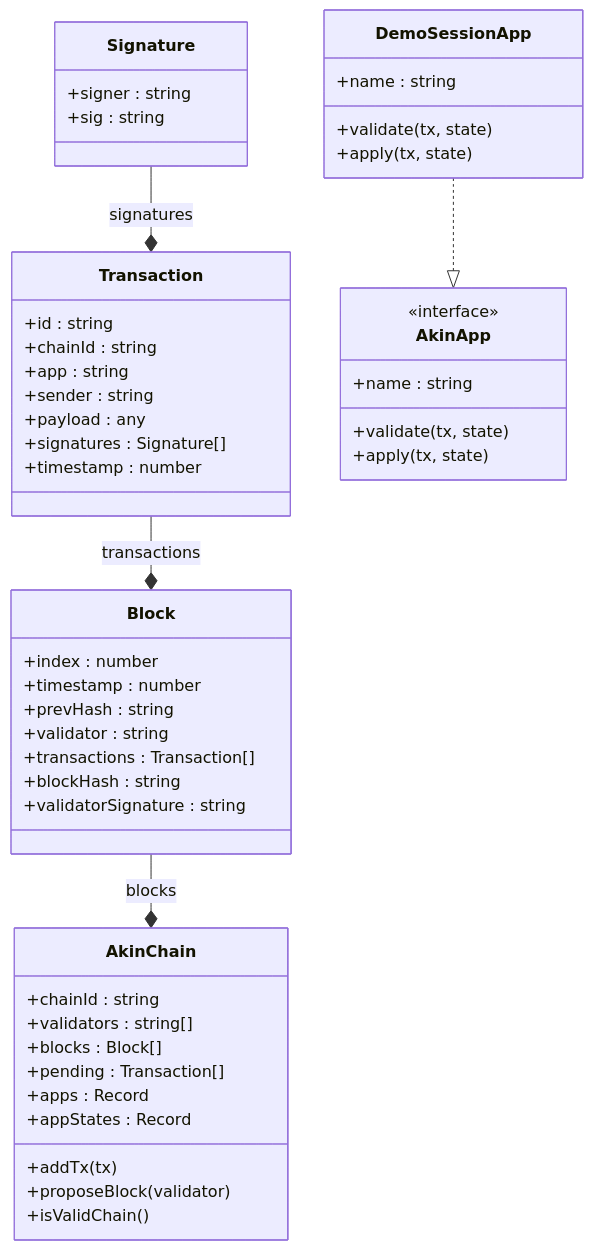
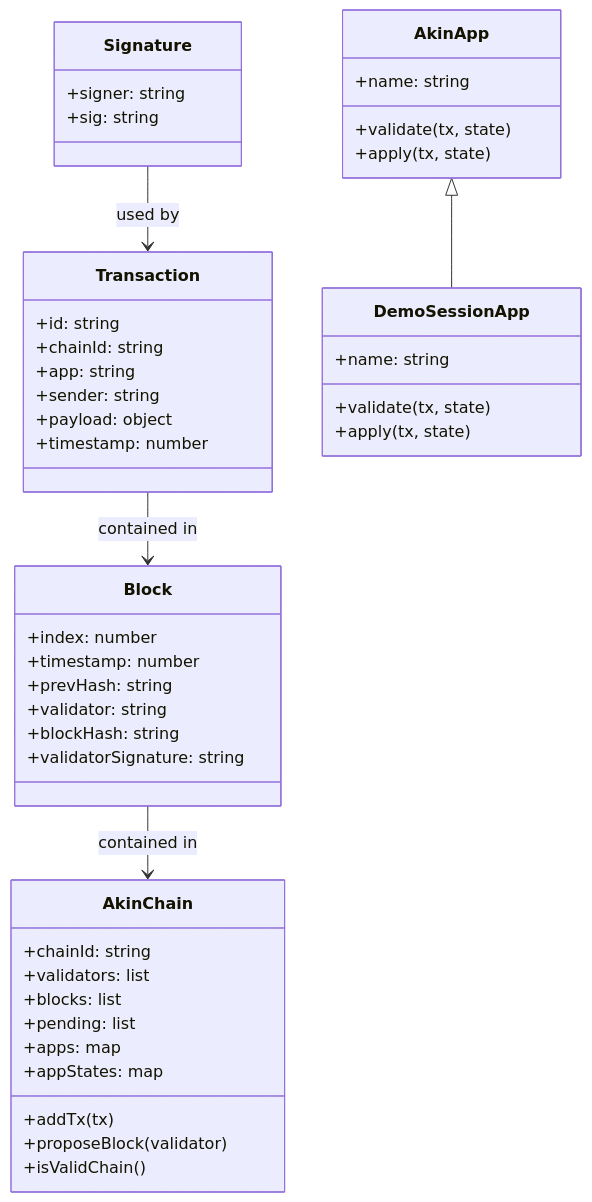
Before and after one commit to AkinNetwork/anPoABchProtocol-Simple-Py: the diagram in diagrams/core_protocol.mmd, drawn with Mermaid.

Commit message:
Readme - mmd info

```diff
--- a/diagrams/core_protocol.mmd
+++ b/diagrams/core_protocol.mmd
@@ -1,56 +1,53 @@
 classDiagram
 
-    class Signature {
-      +signer : string
-      +sig : string
-    }
+  class Signature {
+    +signer: string
+    +sig: string
+  }
 
-    class Transaction {
-      +id : string
-      +chainId : string
-      +app : string
-      +sender : string
-      +payload : any
-      +signatures : Signature[]
-      +timestamp : number
-    }
+  class Transaction {
+    +id: string
+    +chainId: string
+    +app: string
+    +sender: string
+    +payload: object
+    +timestamp: number
+  }
 
-    class Block {
-      +index : number
-      +timestamp : number
-      +prevHash : string
-      +validator : string
-      +transactions : Transaction[]
-      +blockHash : string
-      +validatorSignature : string
-    }
+  class Block {
+    +index: number
+    +timestamp: number
+    +prevHash: string
+    +validator: string
+    +blockHash: string
+    +validatorSignature: string
+  }
 
-    class AkinApp {
-      <<interface>>
-      +name : string
-      +validate(tx, state)
-      +apply(tx, state)
-    }
+  class AkinApp {
+    +name: string
+    +validate(tx, state)
+    +apply(tx, state)
+  }
 
-    class AkinChain {
-      +chainId : string
-      +validators : string[]
-      +blocks : Block[]
-      +pending : Transaction[]
-      +apps : Record<string,AkinApp>
-      +appStates : Record<string,any>
-      +addTx(tx)
-      +proposeBlock(validator)
-      +isValidChain()
-    }
+  class AkinChain {
+    +chainId: string
+    +validators: list
+    +blocks: list
+    +pending: list
+    +apps: map
+    +appStates: map
+    +addTx(tx)
+    +proposeBlock(validator)
+    +isValidChain()
+  }
 
-    class DemoSessionApp {
-      +name : string
-      +validate(tx, state)
-      +apply(tx, state)
-    }
+  class DemoSessionApp {
+    +name: string
+    +validate(tx, state)
+    +apply(tx, state)
+  }
 
-    Signature --* Transaction : signatures
-    Transaction --* Block : transactions
-    Block --* AkinChain : blocks
-    DemoSessionApp ..|> AkinApp
+  Signature --> Transaction : used by
+  Transaction --> Block : contained in
+  Block --> AkinChain : contained in
+  AkinApp <|-- DemoSessionApp
```
